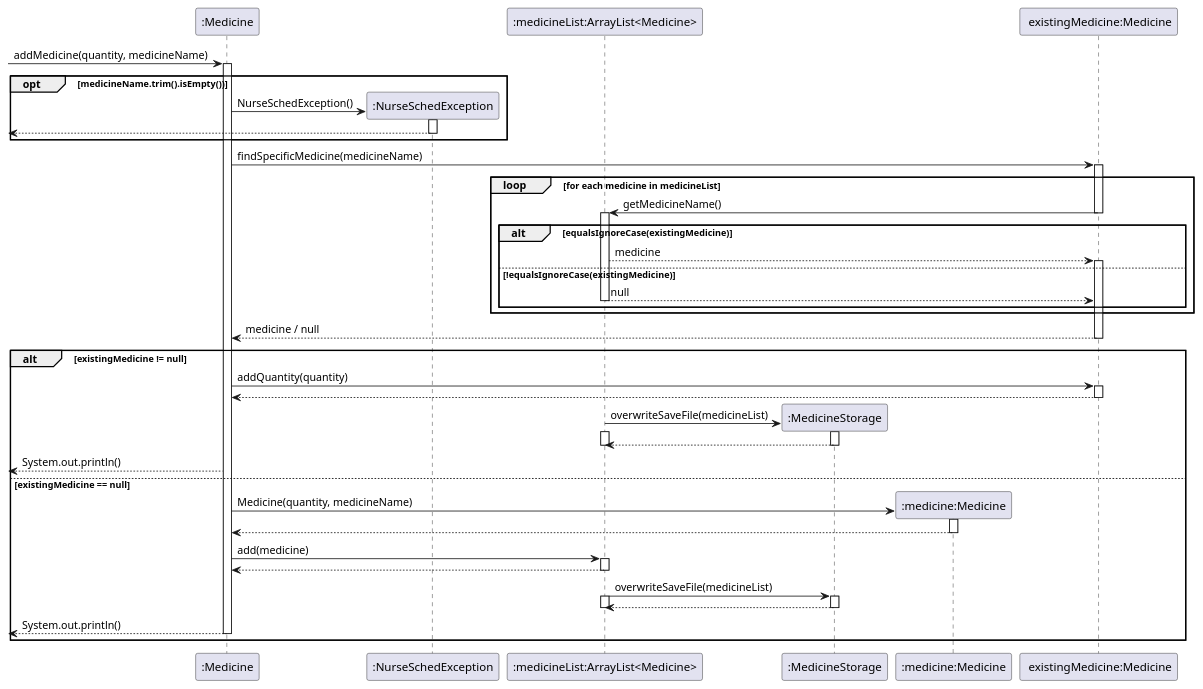
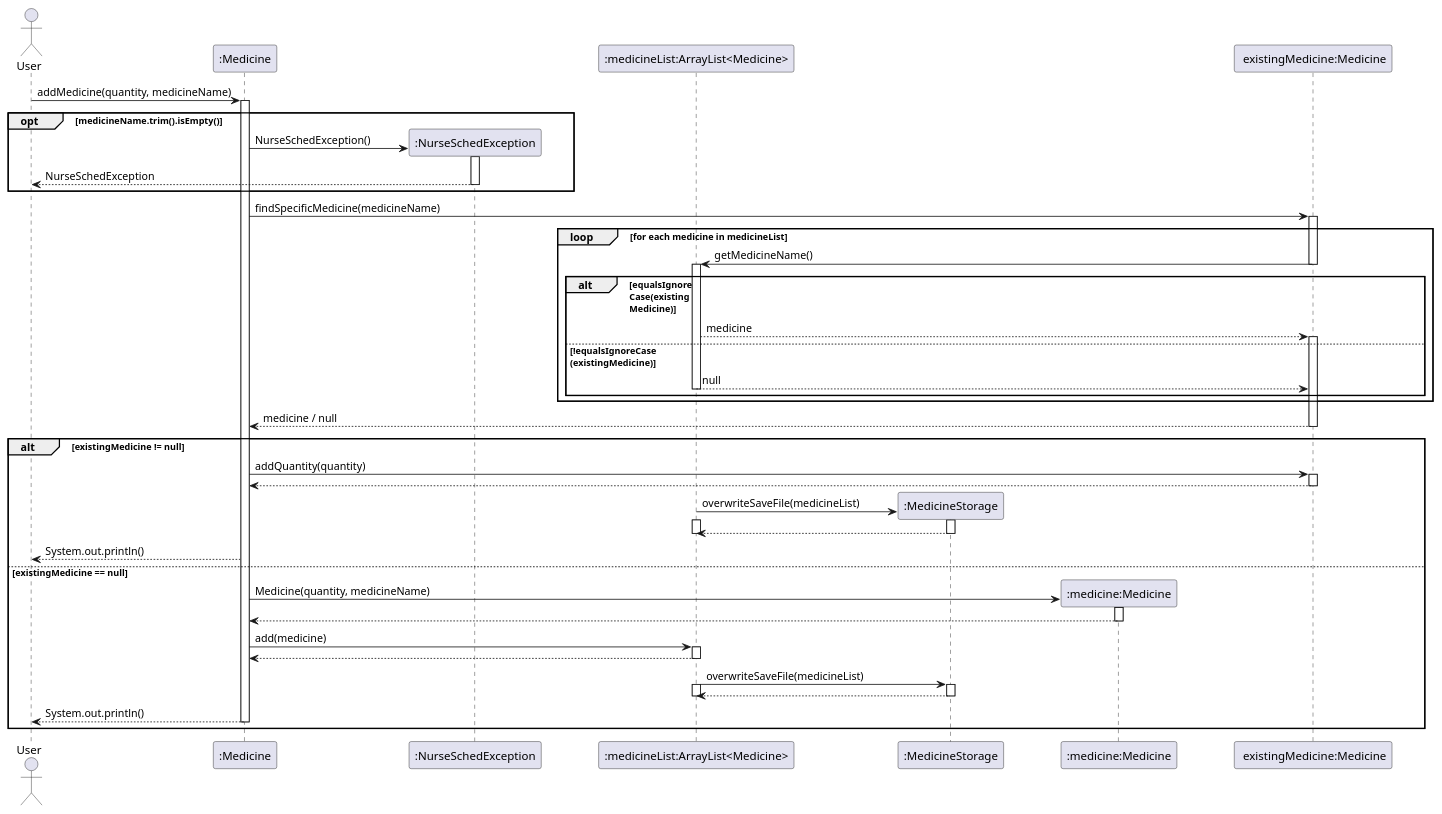
Before and after one commit to AY2425S2-CS2113-T11b-3/tp: the diagram in docs/diagrams/medicineSequenceDiagrams/AddMedicineSequenceDiagram.puml, drawn with PlantUML. The commit also changed 4 other files, not shown here.

Commit message:
Update medicine sequence diagrams

```diff
--- a/docs/diagrams/medicineSequenceDiagrams/AddMedicineSequenceDiagram.puml
+++ b/docs/diagrams/medicineSequenceDiagrams/AddMedicineSequenceDiagram.puml
@@ -1,91 +1,92 @@
 @startuml
 'https://plantuml.com/sequence-diagram
+skinparam ParticipantPadding 30
 
+Actor User
 participant ":Medicine" as Medicine
 participant ":NurseSchedException" as NurseSchedException
 participant ":medicineList:ArrayList<Medicine>" as medicineList
 participant ":MedicineStorage" as medicineStorage
 participant ":medicine:Medicine" as medicine
 participant " existingMedicine:Medicine" as existingMedicine
 
 
-[-> Medicine: addMedicine(quantity, medicineName)
+User -> Medicine: addMedicine(quantity, medicineName)
 activate Medicine
 'if medicine name empty
-opt medicineName.trim().isEmpty())
+opt medicineName.trim().isEmpty()
 create NurseSchedException
 Medicine -> NurseSchedException : NurseSchedException()
 activate NurseSchedException
 
-NurseSchedException -->[
+NurseSchedException --> User : NurseSchedException
     deactivate NurseSchedException
 end
 
 'find if there is an existing medicine
 'findSpecifiedMedicine will return medicine
 Medicine -> existingMedicine : findSpecificMedicine(medicineName)
 activate existingMedicine
 loop for each medicine in medicineList
 existingMedicine -> medicineList : getMedicineName()
 deactivate existingMedicine
 activate medicineList
-alt equalsIgnoreCase(existingMedicine)
+alt equalsIgnore\nCase(existing\nMedicine)
+
 medicineList --> existingMedicine: medicine
 activate existingMedicine
 
-else !equalsIgnoreCase(existingMedicine)
+else !equalsIgnoreCase\n(existingMedicine)
 medicineList --> existingMedicine: null
 deactivate medicineList
 end
 activate existingMedicine
 
 end
 
 existingMedicine --> Medicine : medicine / null
 deactivate existingMedicine
 
 'if statement: when existing medicine exists
 alt existingMedicine != null
 Medicine -> existingMedicine : addQuantity(quantity)
 activate existingMedicine
 existingMedicine --> Medicine
 deactivate existingMedicine
 
 create medicineStorage
 medicineList ->medicineStorage : overwriteSaveFile(medicineList)
 activate medicineList
 activate medicineStorage
 medicineStorage --> medicineList
 'dk if need or not
 deactivate medicineStorage
 deactivate medicineList
-Medicine -->[ : System.out.println()
+Medicine -->User : System.out.println()
 
 'else statement
 else existingMedicine == null
 create medicine
 Medicine -> medicine : Medicine(quantity, medicineName)
 activate medicine
 medicine --> Medicine
 deactivate medicine
 
 Medicine -> medicineList : add(medicine)
 activate medicineList
 medicineList --> Medicine
 deactivate medicineList
 
 medicineList -> medicineStorage : overwriteSaveFile(medicineList)
 activate medicineList
 activate medicineStorage
 medicineStorage --> medicineList
 deactivate medicineStorage
 deactivate medicineList
 
-Medicine -->[ : System.out.println()
+Medicine -->User : System.out.println()
 'dk if need or not
 deactivate Medicine
 end
 
-
-
 @enduml
```
